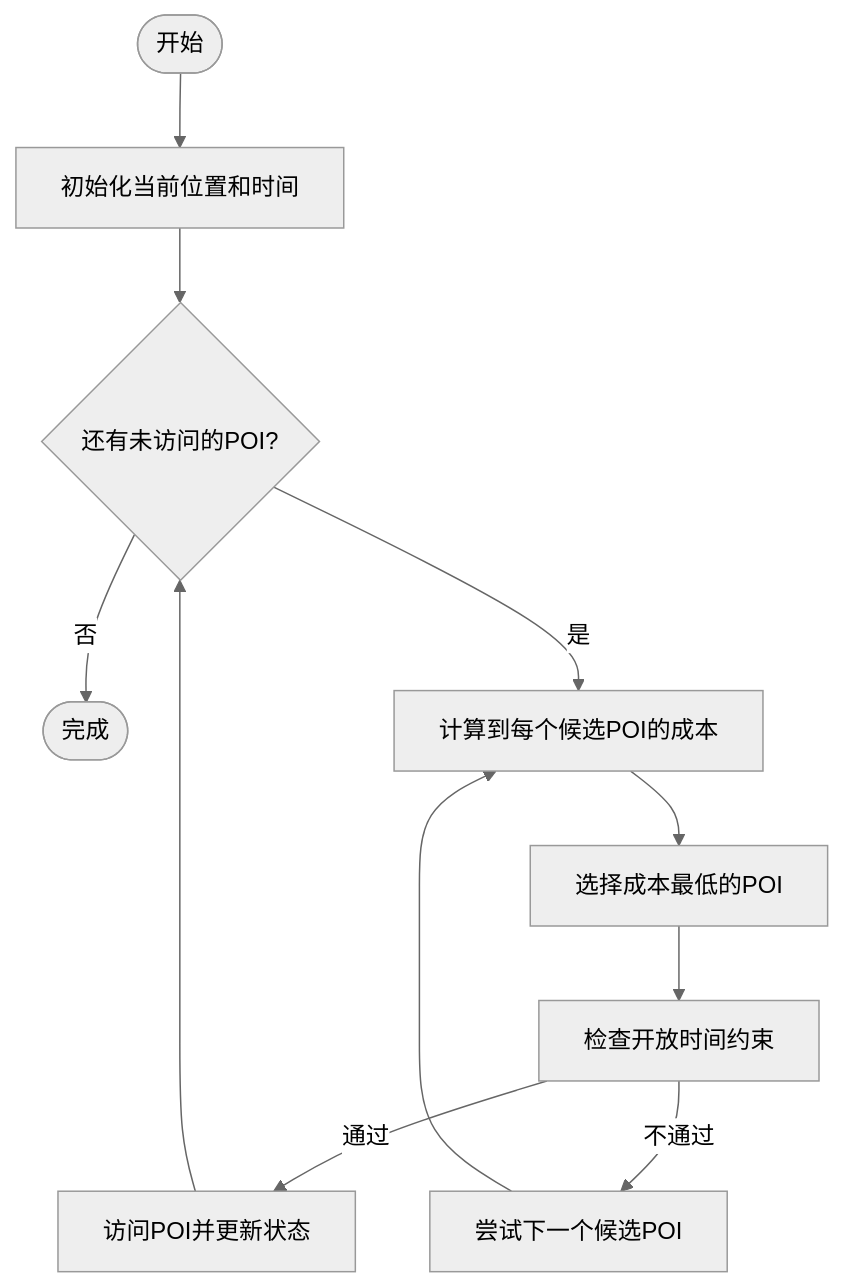
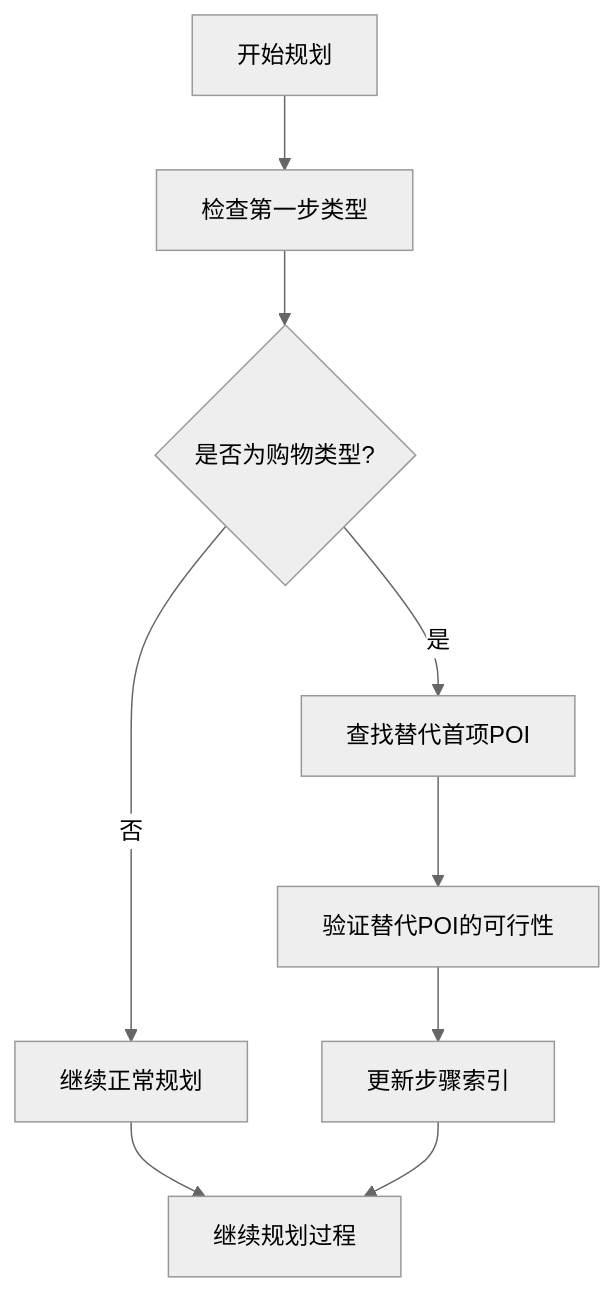
Diagram 14 of 27 in .qoder/repowiki/zh/content/项目概述/核心功能特性/智能旅行规划引擎.md (ititjjy/AITrip-plan), drawn with Mermaid (neutral theme) before and after one commit. The commit also changed other lines of this file and 144 other files, not shown here.

````diff
--- a/.qoder/repowiki/zh/content/项目概述/核心功能特性/智能旅行规划引擎.md
+++ b/.qoder/repowiki/zh/content/项目概述/核心功能特性/智能旅行规划引擎.md
@@ -284,13 +467,11 @@
 ```mermaid
 flowchart TD
-Start([开始]) --> Init[初始化当前位置和时间]
-Init --> Loop{还有未访问的POI?}
-Loop --> |否| End([完成])
-Loop --> |是| Calc[计算到每个候选POI的成本]
-Calc --> Best[选择成本最低的POI]
-Best --> Check[检查开放时间约束]
-Check --> |通过| Visit[访问POI并更新状态]
-Check --> |不通过| Next[尝试下一个候选POI]
-Visit --> Loop
-Next --> Calc
+A[开始规划] --> B[检查第一步类型]
+B --> C{是否为购物类型?}
+C --> |是| D[查找替代首项POI]
+C --> |否| E[继续正常规划]
+D --> F[验证替代POI的可行性]
+F --> G[更新步骤索引]
+E --> H[继续规划过程]
+G --> H
 ```
````
